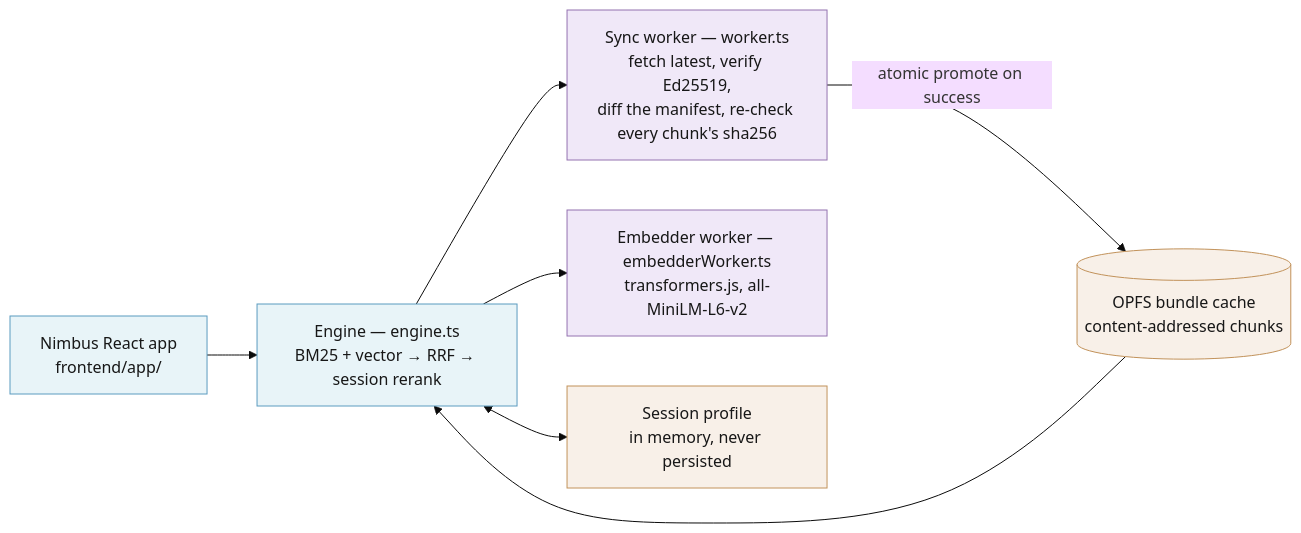
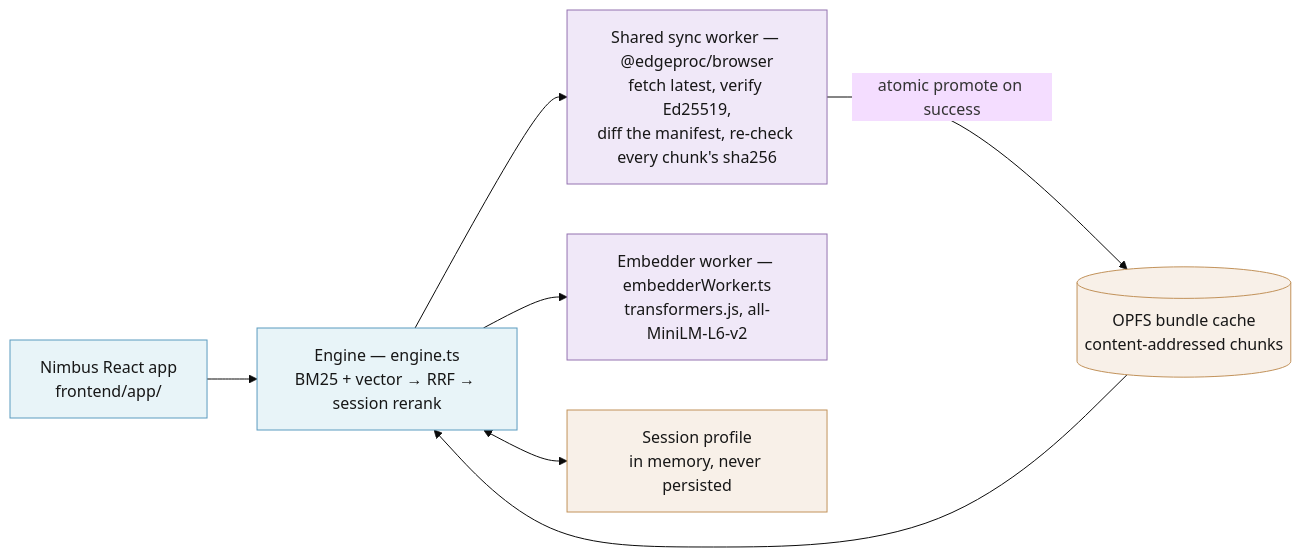
The third of 3 diagrams in docs/ARCHITECTURE.md (hseshadr/edge-reco), drawn with Mermaid (base theme) before and after one commit. The commit also changed other lines of this file and 939 other files, not shown here.

First line of the commit message:
refactor: consume shared browser substrate (#115)

````diff
--- a/docs/ARCHITECTURE.md
+++ b/docs/ARCHITECTURE.md
@@ -181,23 +183,23 @@
 ```mermaid
 flowchart LR
   app["Nimbus React app<br>frontend/app/"]
   engine["Engine — engine.ts<br>BM25 + vector → RRF → session rerank"]
-  sync["Sync worker — worker.ts<br>fetch latest, verify Ed25519,<br>diff the manifest, re-check every chunk's sha256"]
+  sync["Shared sync worker — @edgeproc/browser<br>fetch latest, verify Ed25519,<br>diff the manifest, re-check every chunk's sha256"]
   embed["Embedder worker — embedderWorker.ts<br>transformers.js, all-MiniLM-L6-v2"]
   opfs[("OPFS bundle cache<br>content-addressed chunks")]
   profile["Session profile<br>in memory, never persisted"]
 
   app --> engine
   engine --> sync
   engine --> embed
   sync -->|"atomic promote on success"| opfs
   opfs --> engine
   engine <--> profile
 
   classDef ui fill:#e8f4f8,stroke:#5b9bbf,color:#171717;
   classDef work fill:#f0e8f8,stroke:#9472b0,color:#171717;
   classDef store fill:#f8f0e8,stroke:#c2925a,color:#171717;
   class app,engine ui;
   class sync,embed work;
   class opfs,profile store;
 ```
````
